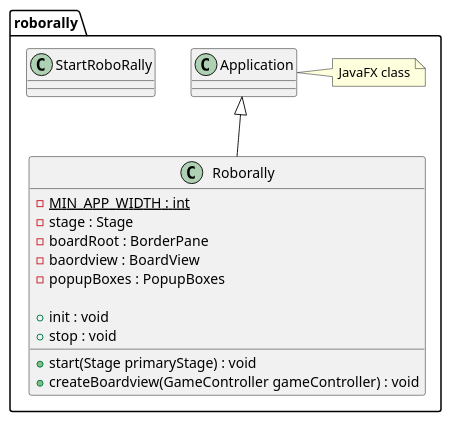
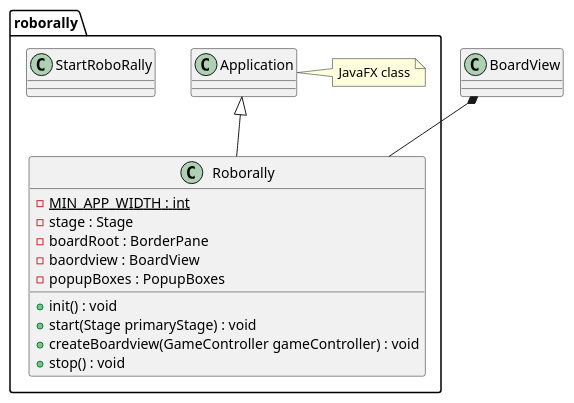
One commit to MikaelFangel/RoboRally changed the diagram in diagrams/ClassDesignDiagramPackageRoborally.puml. Above: the diagram before and after it, drawn with PlantUML. The commit also changed 1 other file, not shown here.

Commit message:
Updates to diagrams.

```diff
--- a/diagrams/ClassDesignDiagramPackageRoborally.puml
+++ b/diagrams/ClassDesignDiagramPackageRoborally.puml
@@ -1,24 +1,26 @@
 @startuml
 package roborally{
   class Roborally extends Application{
      {Static} -MIN_APP_WIDTH : int
      -stage : Stage
      -boardRoot : BorderPane
      -baordview : BoardView
      -popupBoxes : PopupBoxes
 
-     +init : void
+     +init() : void
      +start(Stage primaryStage) : void
      +createBoardview(GameController gameController) : void
-     +stop : void
+     +stop() : void
 
   }
   class StartRoboRally{
 
   }
   class Application
   note Right: JavaFX class
 
 }
 
+BoardView *-- Roborally
+
 @enduml
```
